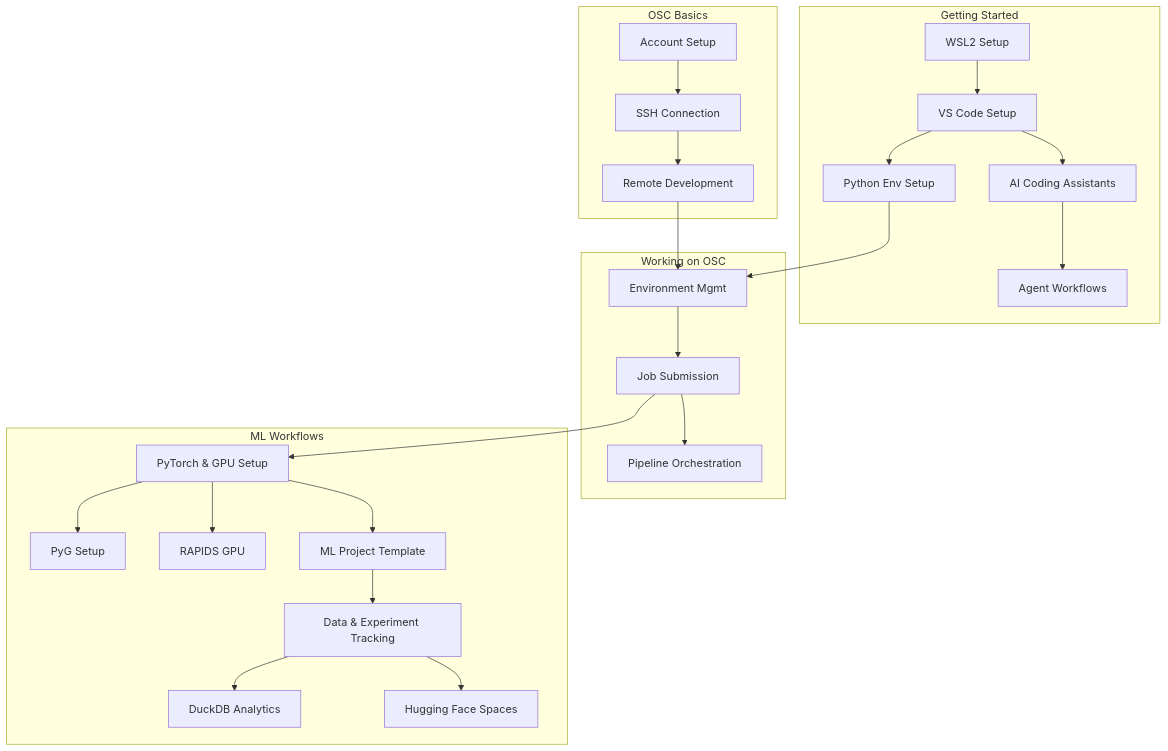
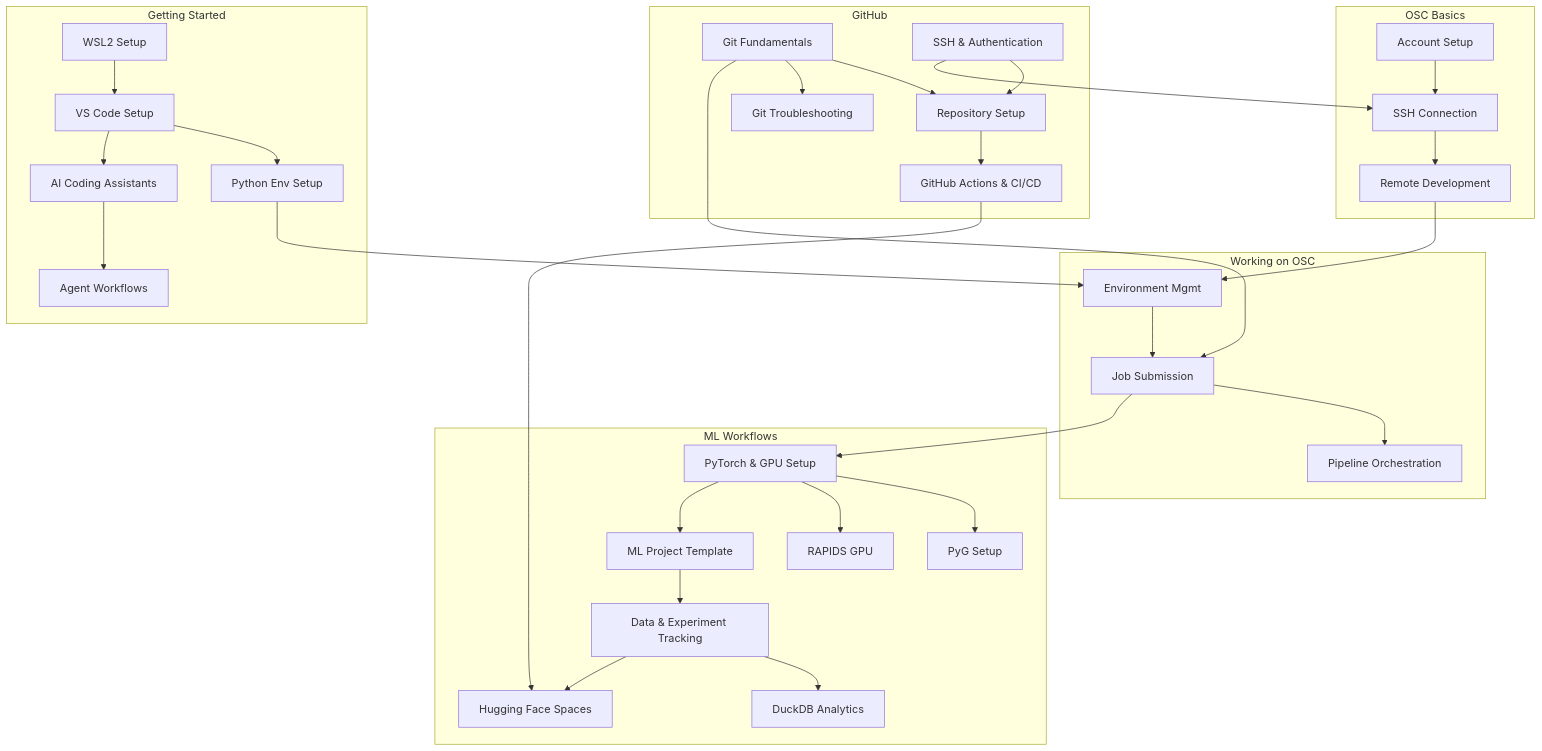
The first of 2 diagrams in docs/resources/concept-map.md (OSU-CAR-MSL/lab-setup-guide), drawn with Mermaid before and after one commit. The commit also changed other lines of this file, not shown here.

Commit message:
Add GitHub section to concept map and hub pages
New subgraph with 5 nodes (Git Fundamentals, Repository Setup, SSH & Auth,
GitHub Actions, Git Troubleshooting) and cross-section edges linking SSH auth
to OSC SSH, Git fundamentals to job submission, and Actions to HF Spaces.

````diff
--- a/docs/resources/concept-map.md
+++ b/docs/resources/concept-map.md
@@ -30,47 +31,62 @@
 ```mermaid
 flowchart TB
   subgraph GS["Getting Started"]
     wsl["WSL2 Setup"]
     vscode["VS Code Setup"]
     pyenv["Python Env Setup"]
     ai["AI Coding Assistants"]
     agent["Agent Workflows"]
     wsl --> vscode --> pyenv
     vscode --> ai --> agent
   end
 
   subgraph OB["OSC Basics"]
     account["Account Setup"]
     ssh["SSH Connection"]
     remote["Remote Development"]
     account --> ssh --> remote
   end
 
   subgraph WO["Working on OSC"]
     envmgmt["Environment Mgmt"]
     jobs["Job Submission"]
     pipeline["Pipeline Orchestration"]
     envmgmt --> jobs
     jobs --> pipeline
   end
 
   subgraph ML["ML Workflows"]
     pytorch["PyTorch & GPU Setup"]
     pyg["PyG Setup"]
     rapids["RAPIDS GPU"]
     mlwf["ML Project Template"]
     tracking["Data & Experiment Tracking"]
     duckdb["DuckDB Analytics"]
     hf["Hugging Face Spaces"]
     pytorch --> pyg
     pytorch --> rapids
     mlwf --> tracking --> duckdb
     tracking --> hf
   end
 
+  subgraph GH["GitHub"]
+    gitfund["Git Fundamentals"]
+    reposetup["Repository Setup"]
+    sshauth["SSH & Authentication"]
+    actions["GitHub Actions & CI/CD"]
+    gittrouble["Git Troubleshooting"]
+    gitfund --> reposetup
+    gitfund --> gittrouble
+    sshauth --> reposetup
+    reposetup --> actions
+  end
+
   %% Cross-section prerequisite edges
   pyenv --> envmgmt
   remote --> envmgmt
   jobs --> pytorch
   pytorch --> mlwf
+  sshauth --> ssh
+  gitfund --> jobs
+  actions --> hf
 ```
````
